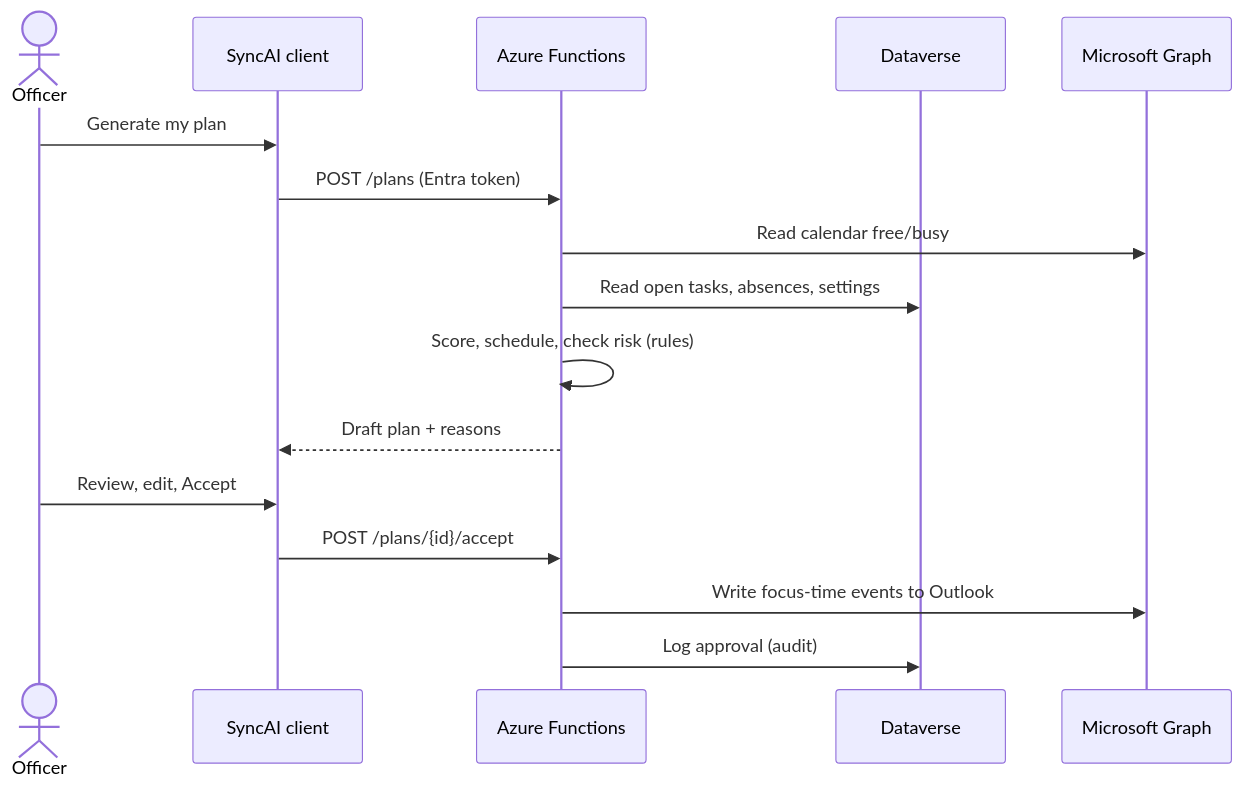
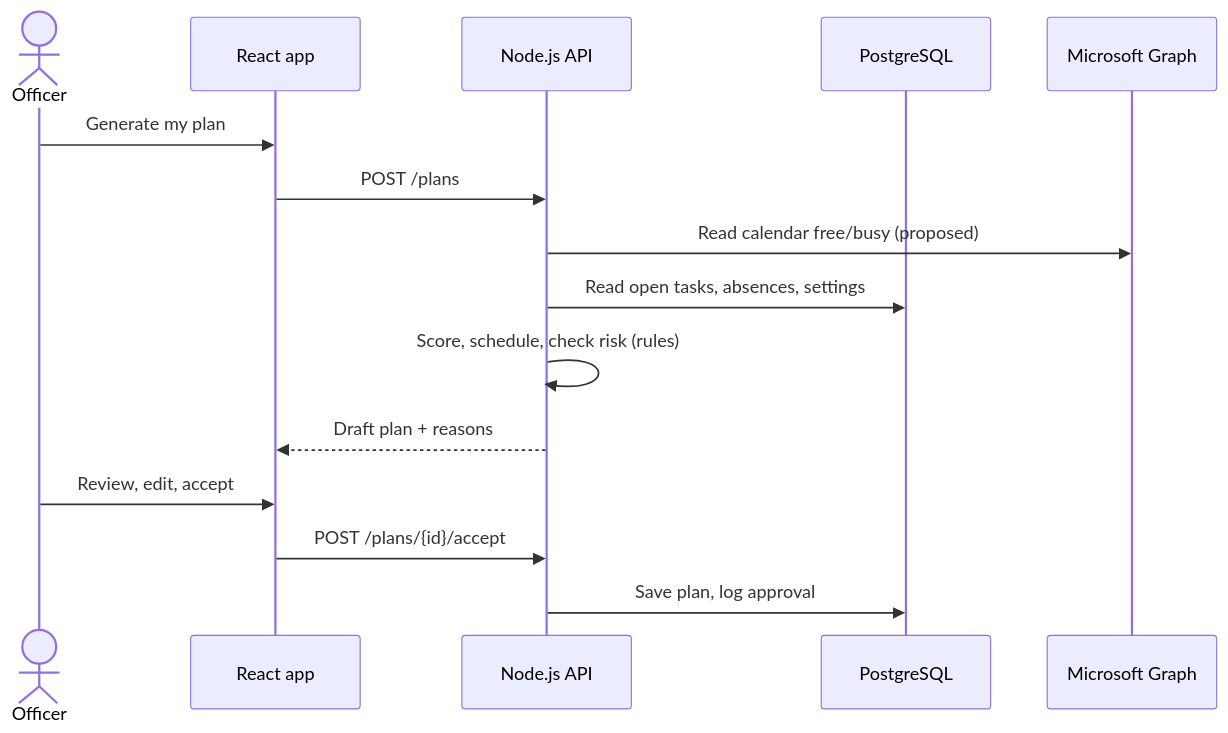
One commit to feliciatanxl/SyncAI changed the third of 4 diagrams in docs/architecture.md. Above: the diagram before and after it, drawn with Mermaid. The commit also changed other lines of this file and 6 other files, not shown here.

Commit message:
docs: refocus SyncAI on PS 12i and apply EMS client feedback

````diff
--- a/docs/architecture.md
+++ b/docs/architecture.md
@@ -148,18 +111,17 @@
 ```mermaid
 sequenceDiagram
   actor Officer
-  participant App as SyncAI client
-  participant API as Azure Functions
-  participant DV as Dataverse
+  participant App as React app
+  participant API as Node.js API
+  participant DB as PostgreSQL
   participant G as Microsoft Graph
   Officer->>App: Generate my plan
-  App->>API: POST /plans (Entra token)
-  API->>G: Read calendar free/busy
-  API->>DV: Read open tasks, absences, settings
+  App->>API: POST /plans
+  API->>G: Read calendar free/busy (proposed)
+  API->>DB: Read open tasks, absences, settings
   API->>API: Score, schedule, check risk (rules)
   API-->>App: Draft plan + reasons
-  Officer->>App: Review, edit, Accept
+  Officer->>App: Review, edit, accept
   App->>API: POST /plans/{id}/accept
-  API->>G: Write focus-time events to Outlook
-  API->>DV: Log approval (audit)
+  API->>DB: Save plan, log approval
 ```
````
